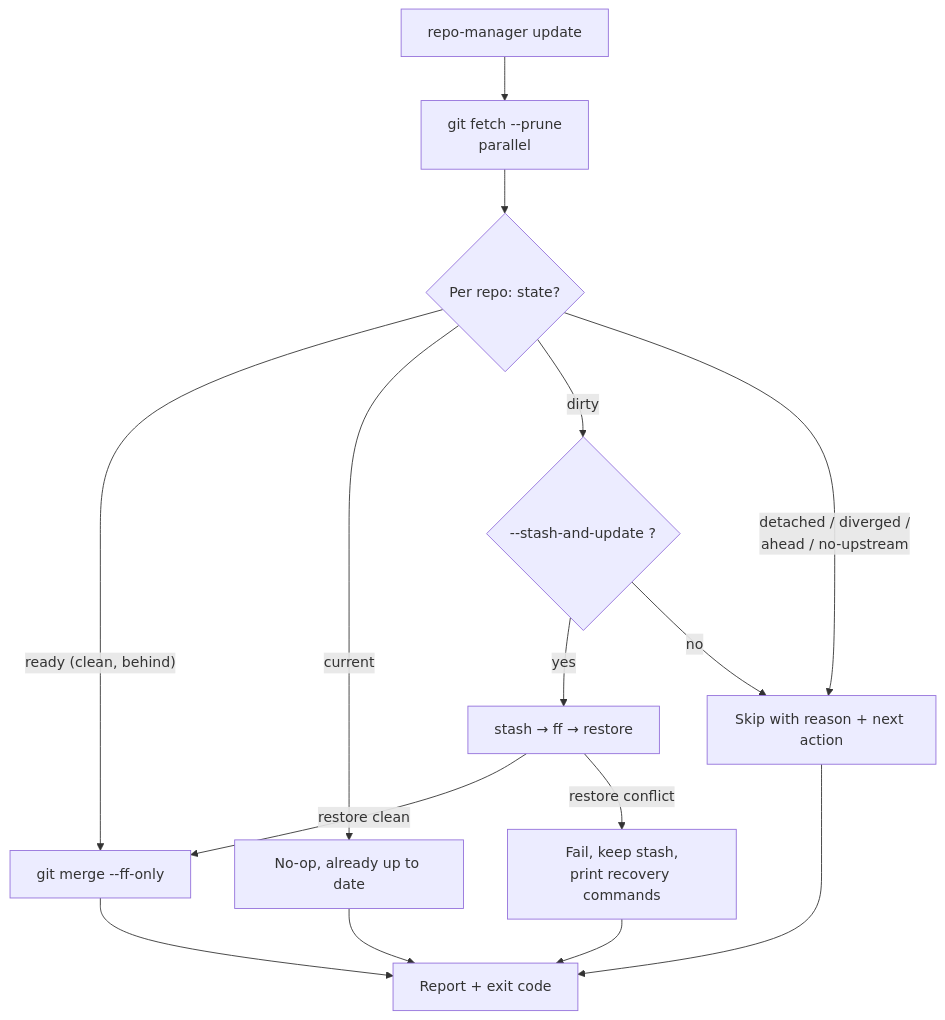
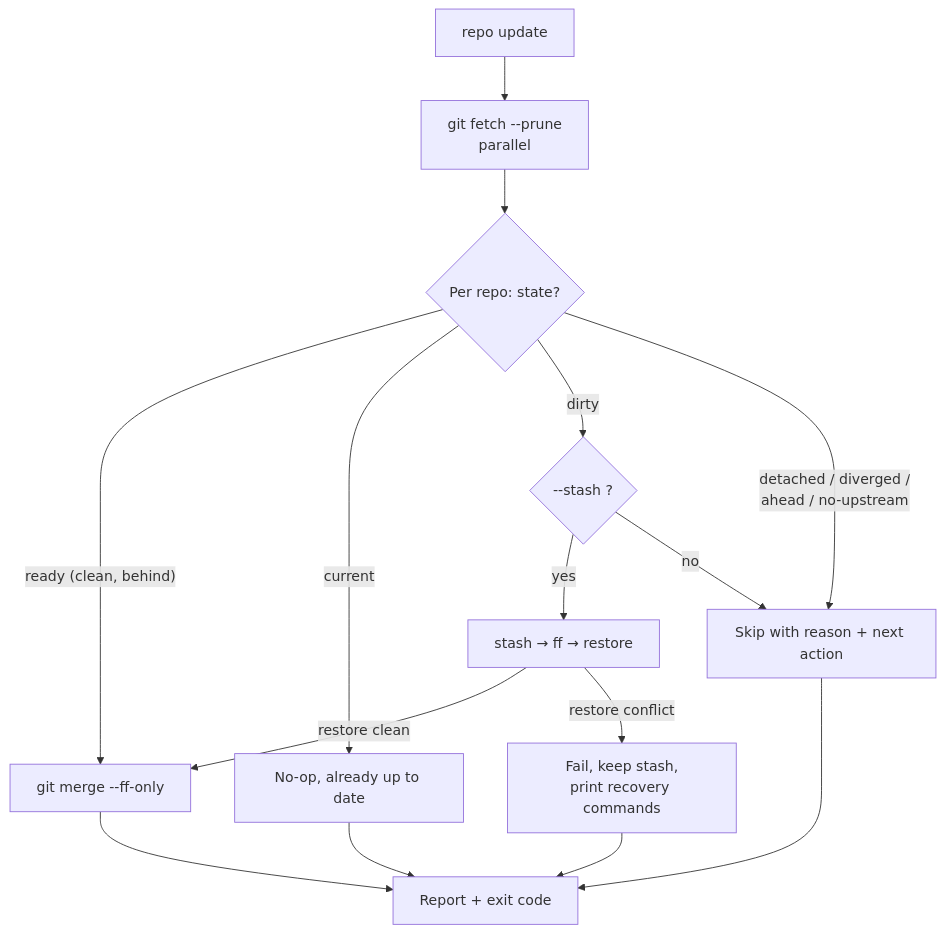
The diagram in docs/reference/update.md (thetechdabbler/repo-manager), drawn with Mermaid before and after one commit. The commit also changed other lines of this file and 44 other files, not shown here.

First line of the commit message:
feat: add project-first repo CLI

````diff
--- a/docs/reference/update.md
+++ b/docs/reference/update.md
@@ -14,17 +14,17 @@
 ```mermaid
 flowchart TD
-  A["repo-manager update"] --> B["git fetch --prune<br/>parallel"]
+  A["repo <project> update"] --> B["git fetch --prune<br/>parallel"]
   B --> C{"Per repo: state?"}
   C -- "ready (clean, behind)" --> D["git merge --ff-only"]
   C -- "current" --> E["No-op, already up to date"]
-  C -- "dirty" --> F{"--stash-and-update ?"}
+  C -- "dirty" --> F{"--stash ?"}
   C -- "detached / diverged /<br/>ahead / no-upstream" --> S["Skip with reason + next action"]
   F -- "yes" --> G["stash → ff → restore"]
   F -- "no" --> S
   G -- "restore clean" --> D
   G -- "restore conflict" --> X["Fail, keep stash,<br/>print recovery commands"]
   D --> R["Report + exit code"]
   E --> R
   S --> R
   X --> R
 ```
````
